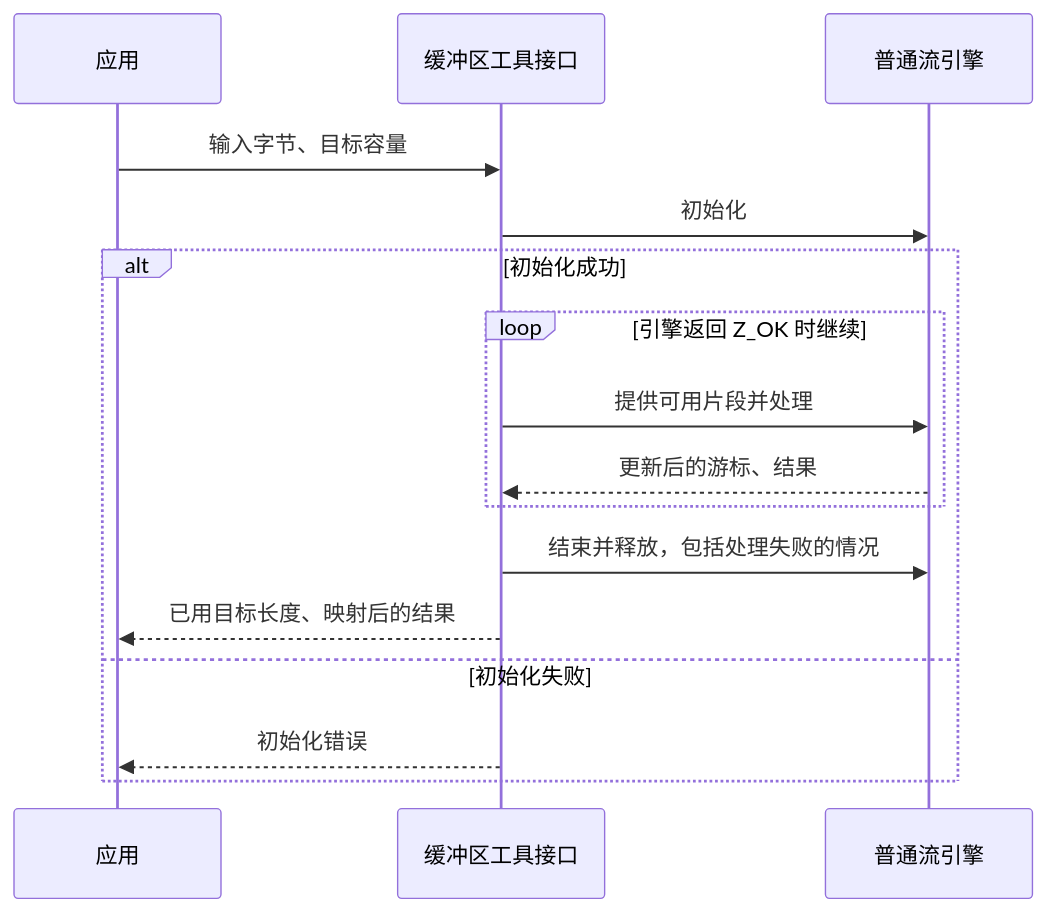
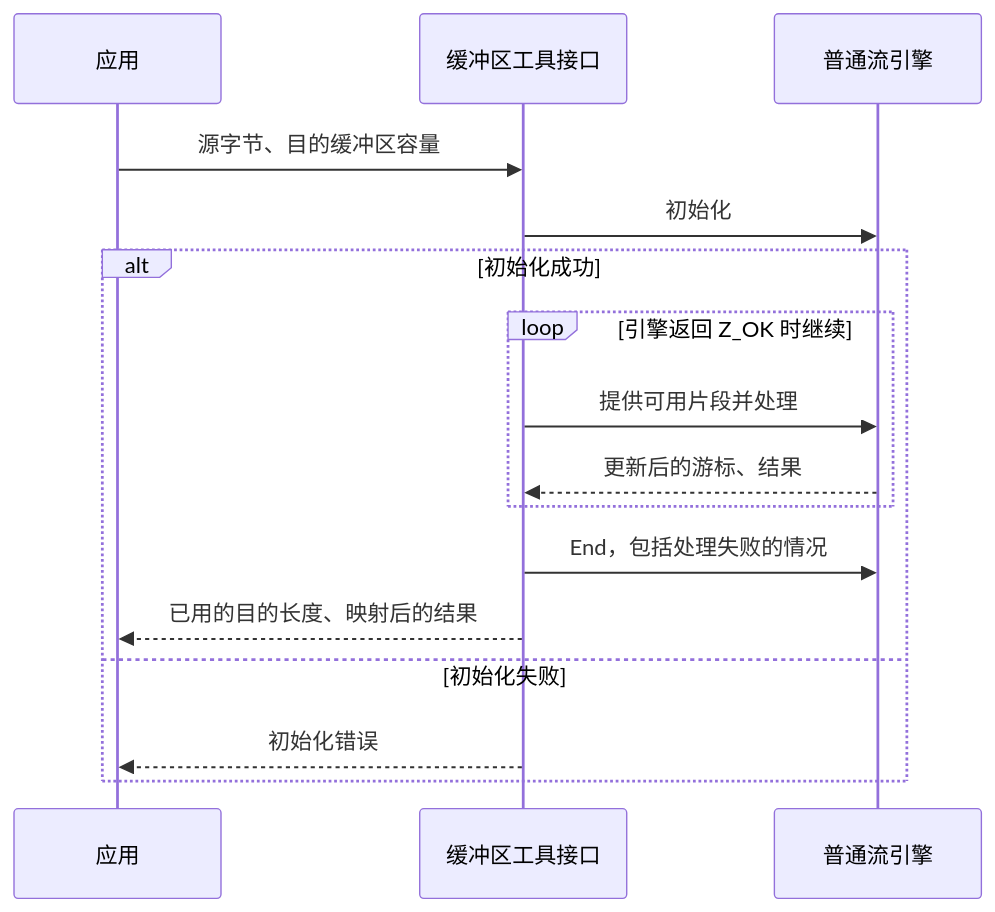
The first of 4 diagrams in docs/guide/interfaces.zh.md (cla7aye15I4nd/oss-proof), drawn with Mermaid before and after one commit. The commit also changed other lines of this file and 6 other files, not shown here.

````diff
--- a/docs/guide/interfaces.zh.md
+++ b/docs/guide/interfaces.zh.md
@@ -34,18 +34,18 @@
 ```mermaid
 sequenceDiagram
     participant A as 应用
     participant U as 缓冲区工具接口
     participant E as 普通流引擎
-    A->>U: 输入字节、目标容量
+    A->>U: 源字节、目的缓冲区容量
     U->>E: 初始化
     alt 初始化成功
         loop 引擎返回 Z_OK 时继续
             U->>E: 提供可用片段并处理
             E-->>U: 更新后的游标、结果
         end
-        U->>E: 结束并释放，包括处理失败的情况
-        U-->>A: 已用目标长度、映射后的结果
+        U->>E: End，包括处理失败的情况
+        U-->>A: 已用的目的长度、映射后的结果
     else 初始化失败
         U-->>A: 初始化错误
     end
 ```
````
